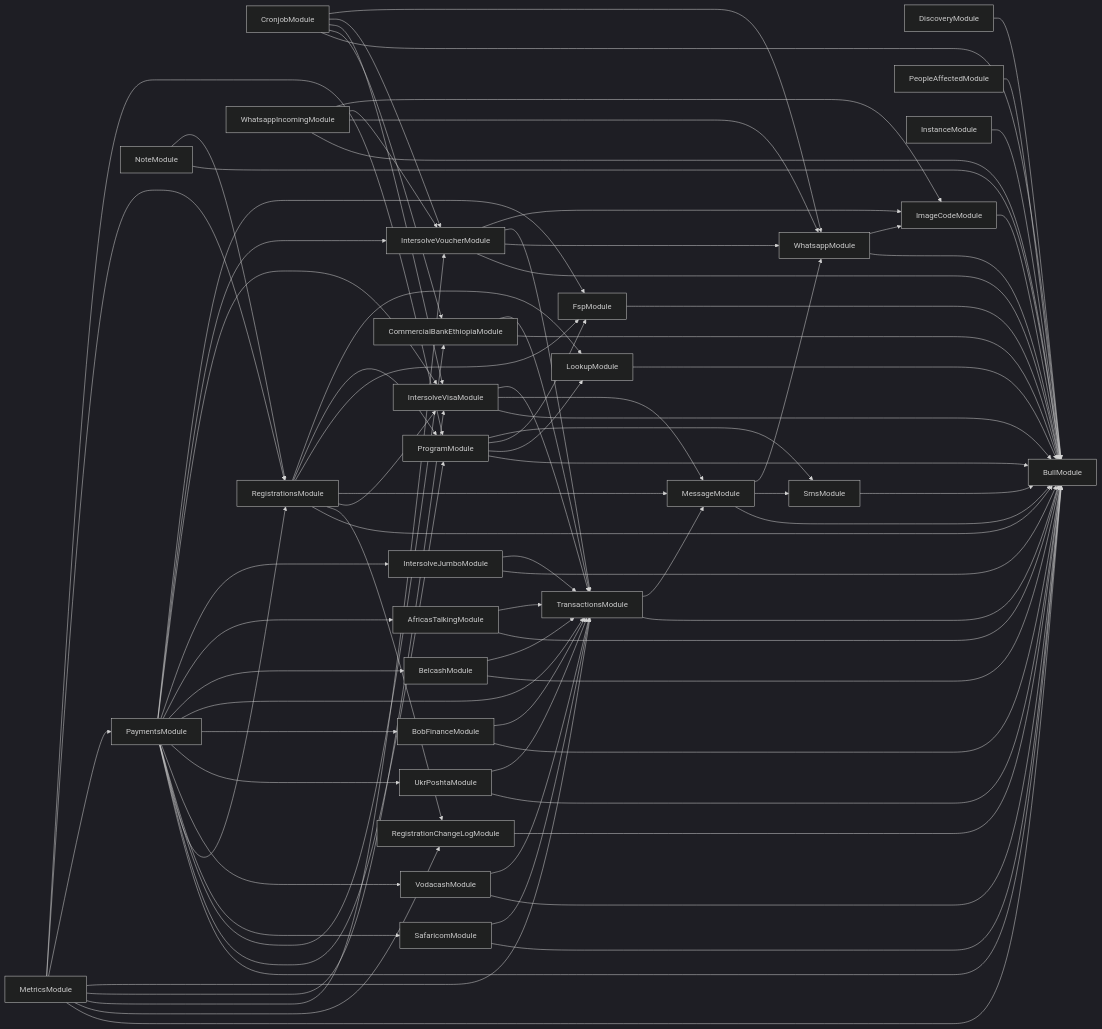
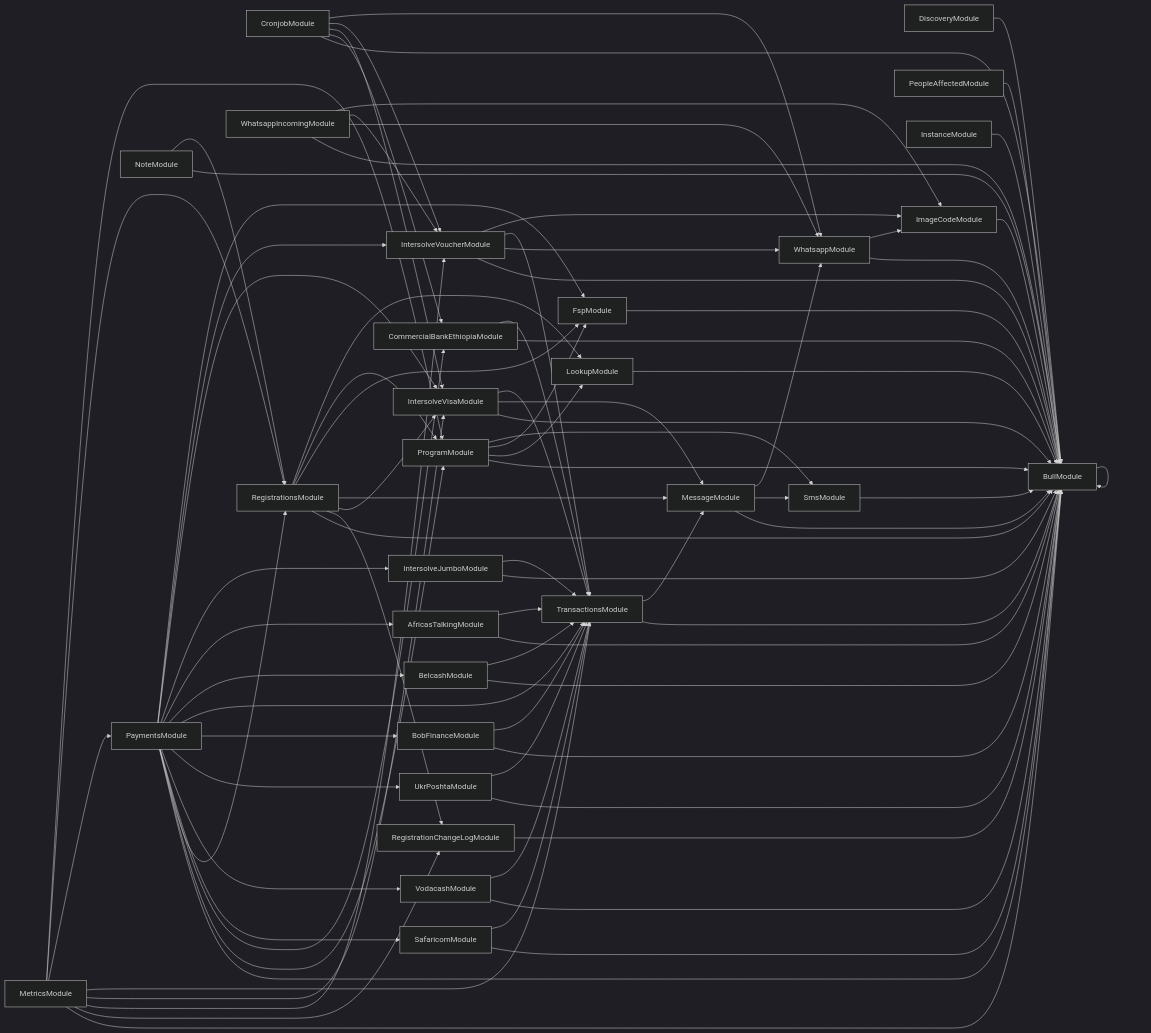
One commit to global-121/121-platform changed the diagram in services/121-service/module-dependencies.md. Above: the diagram before and after it, drawn with Mermaid (dark theme). The commit also changed 3 other files, not shown here.

````diff
--- a/services/121-service/module-dependencies.md
+++ b/services/121-service/module-dependencies.md
@@ -3,5 +3,6 @@
 ```mermaid
 graph LR
+  BullModule-->BullModule
   DiscoveryModule-->BullModule
   ProgramModule-->SmsModule
   SmsModule-->BullModule
````
